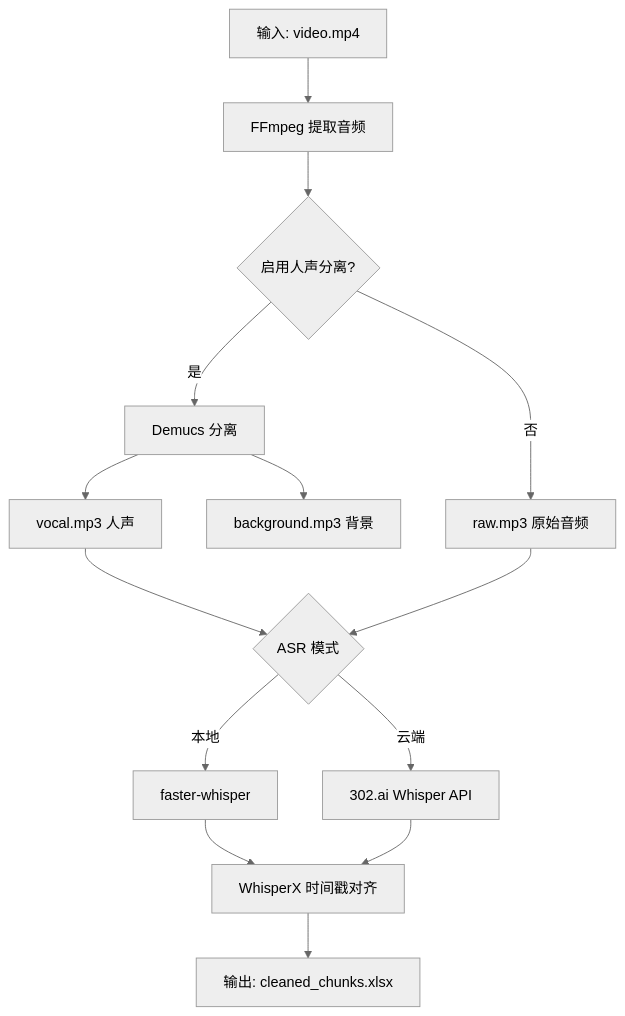
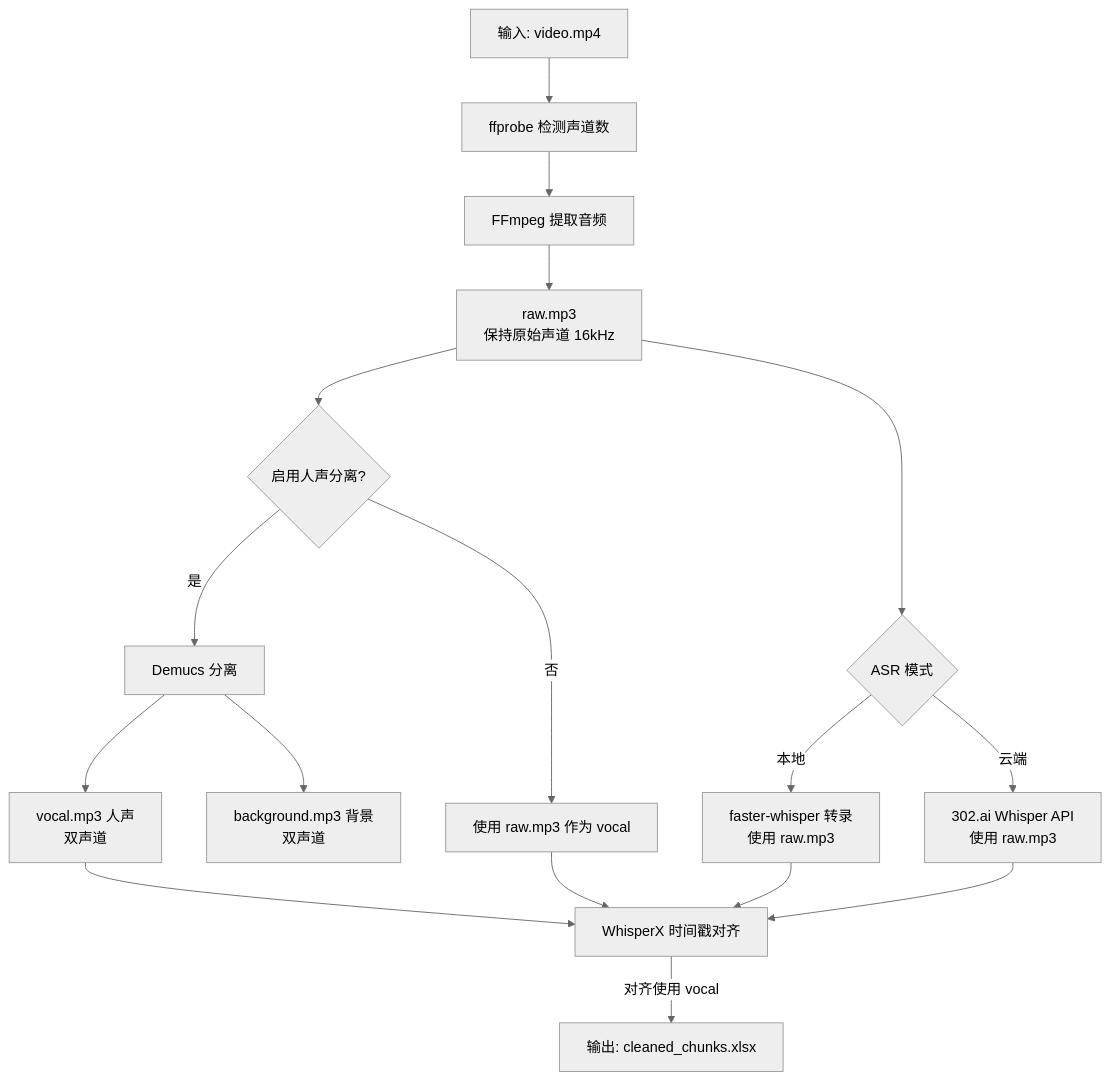
The third of 12 diagrams in docs/ARCHITECTURE.md (NuoManDai/VedioAITranslateSub), drawn with Mermaid (neutral theme) before and after one commit. The commit also changed other lines of this file and 9 other files, not shown here.

````diff
--- a/docs/ARCHITECTURE.md
+++ b/docs/ARCHITECTURE.md
@@ -150,16 +152,21 @@
 ```mermaid
 flowchart TD
-    A[输入: video.mp4] --> B[FFmpeg 提取音频]
-    B --> C{启用人声分离?}
-    C -->|是| D[Demucs 分离]
-    D --> E[vocal.mp3 人声]
-    D --> F[background.mp3 背景]
-    C -->|否| G[raw.mp3 原始音频]
-    E --> H{ASR 模式}
-    G --> H
-    H -->|本地| I[faster-whisper]
-    H -->|云端| J[302.ai Whisper API]
-    I --> K[WhisperX 时间戳对齐]
-    J --> K
-    K --> L[输出: cleaned_chunks.xlsx]
+    A[输入: video.mp4] --> B[ffprobe 检测声道数]
+    B --> C[FFmpeg 提取音频]
+    C --> D[raw.mp3<br/>保持原始声道 16kHz]
+    D --> E{启用人声分离?}
+    E -->|是| F[Demucs 分离]
+    F --> G[vocal.mp3 人声<br/>双声道]
+    F --> H[background.mp3 背景<br/>双声道]
+    E -->|否| I[使用 raw.mp3 作为 vocal]
+    
+    D --> J{ASR 模式}
+    J -->|本地| K[faster-whisper 转录<br/>使用 raw.mp3]
+    J -->|云端| L[302.ai Whisper API<br/>使用 raw.mp3]
+    
+    K --> M[WhisperX 时间戳对齐]
+    L --> M
+    G --> M
+    I --> M
+    M -->|对齐使用 vocal| N[输出: cleaned_chunks.xlsx]
 ```
````
